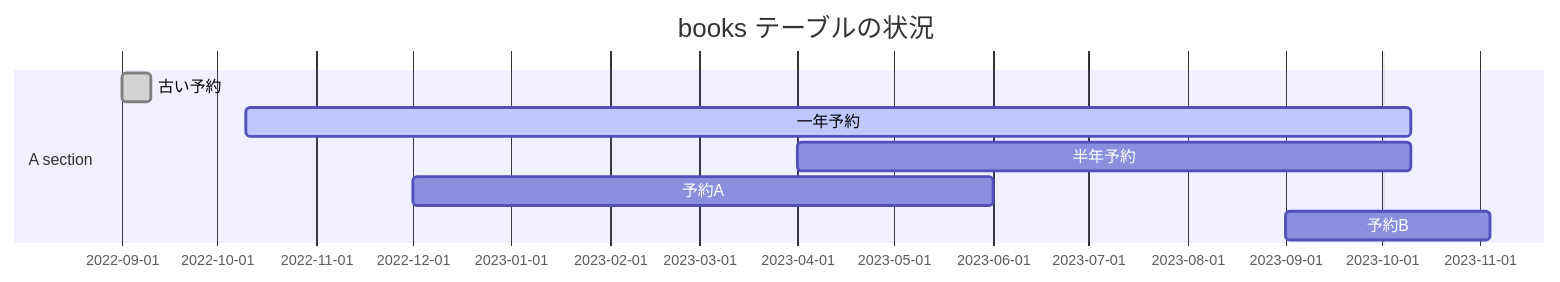
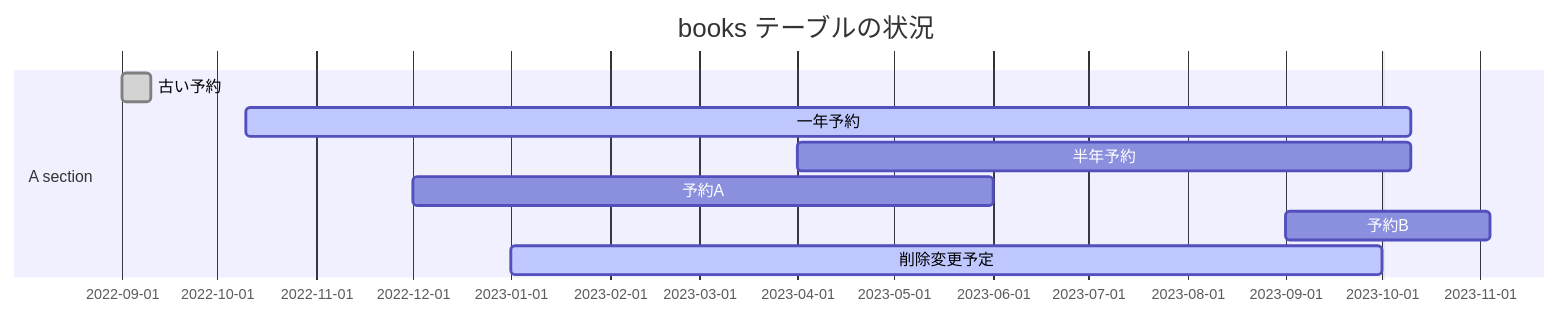
One commit to a-yasui/zenn-document changed the diagram in articles/temportal-table-at-mariadb-memo.md. Above: the diagram before and after it, drawn with Mermaid.

Commit message:
add mermaid delete

````diff
--- a/articles/temportal-table-at-mariadb-memo.md
+++ b/articles/temportal-table-at-mariadb-memo.md
@@ -534,13 +534,14 @@
 ```mermaid
 gantt
 dateFormat  YYYY-MM-DD
 title books テーブルの状況
 excludes weekdays 2023-10-01
 
 section A section
 古い予約 :done,   d1, 2022-09-01, 2022-09-10
 一年予約 :active, dy, 2022-10-10, 2023-10-10
 半年予約 :        dh, 2023-04-01, 2023-10-10
 予約A   :        da, 2022-12-01, 2023-06-01
 予約B   :        db, 2023-09-01, 2023-11-04
+削除変更予定: active, ddd, 2023-01-01, 2023-10-01
 ```
````
